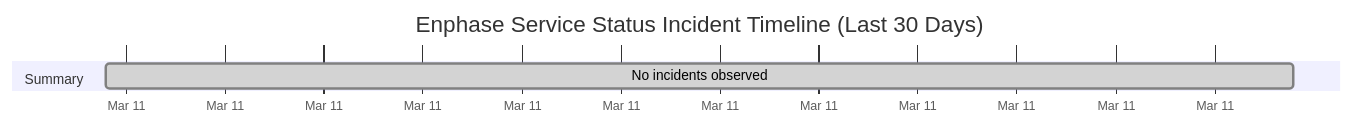
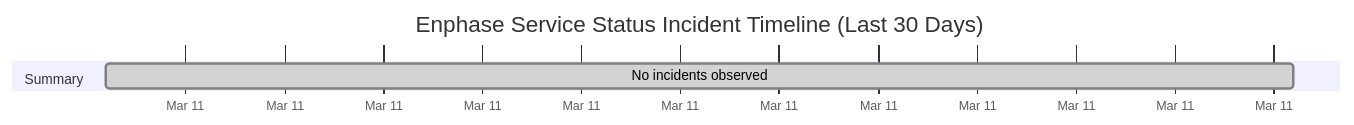
The diagram in wiki/Service-Status-History.md (barneyonline/ha-enphase-ev-charger), drawn with Mermaid before and after one commit. The commit also changed other lines of this file and 3 other files, not shown here.

````diff
--- a/wiki/Service-Status-History.md
+++ b/wiki/Service-Status-History.md
@@ -14,8 +14,8 @@
 ```mermaid
 gantt
     title Enphase Service Status Incident Timeline (Last 30 Days)
     dateFormat  YYYY-MM-DDTHH:mm:ss
     axisFormat  %b %d
     section Summary
-    No incidents observed :done, 2026-03-11T16:40:49, 1m
+    No incidents observed :done, 2026-03-11T17:42:06, 1m
 ```
````
